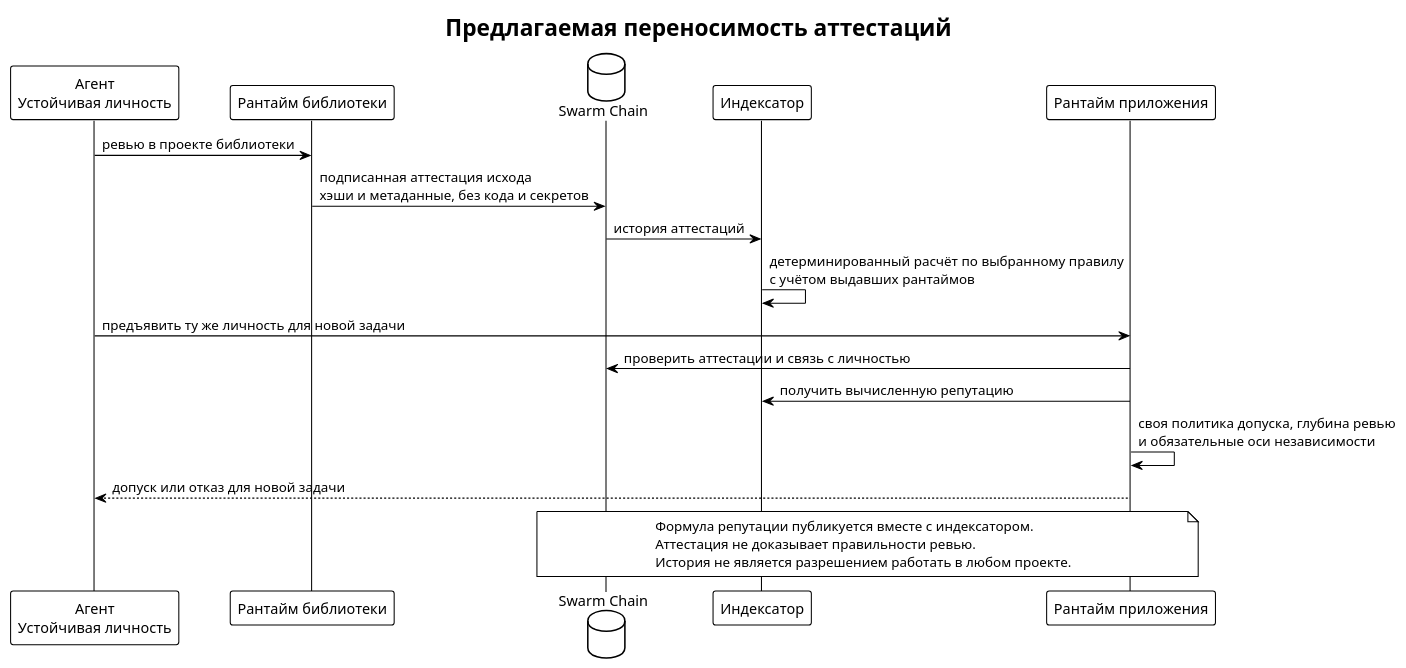
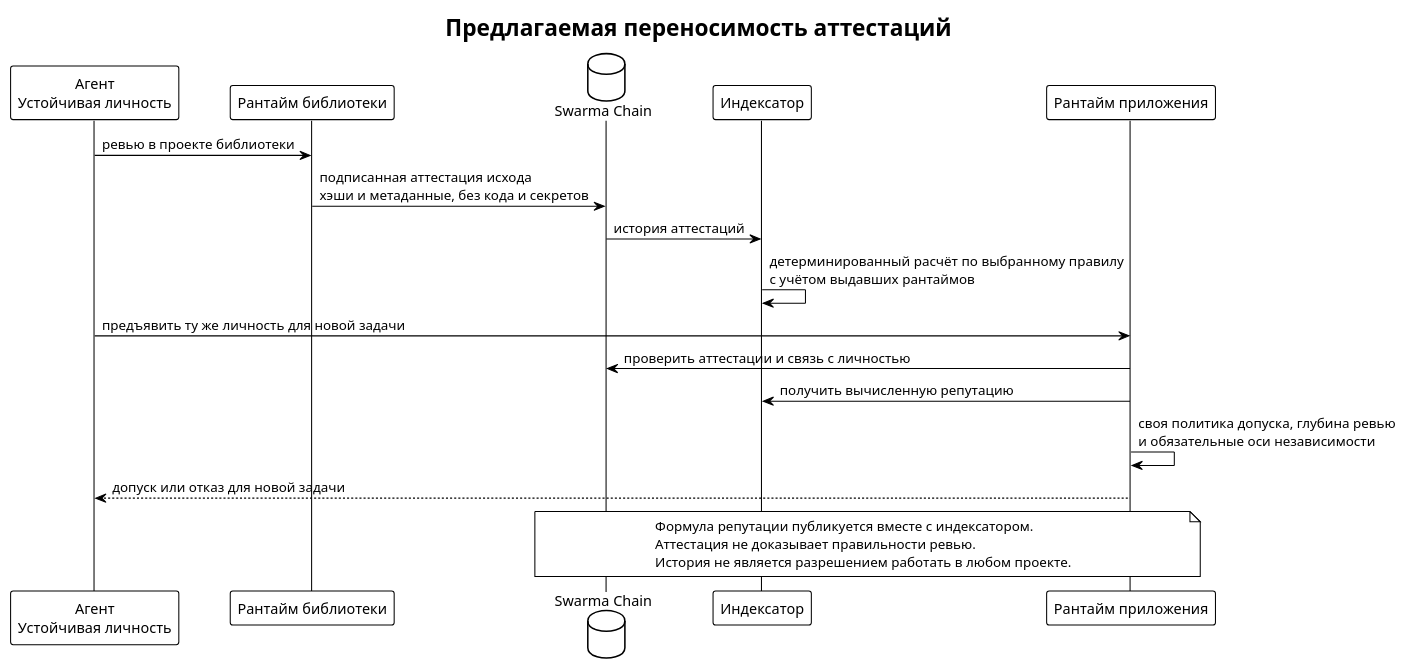
One commit to relux-works/swarma-docs changed the diagram in book/src/portable-attestations.puml. Above: the diagram before and after it, drawn with PlantUML. The commit also changed 61 other files, not shown here.

```diff
--- a/book/src/portable-attestations.puml
+++ b/book/src/portable-attestations.puml
@@ -1,25 +1,25 @@
 @startuml portable-attestations
 !theme plain
 skinparam defaultFontName "PT Sans"
 skinparam shadowing false
 title Предлагаемая переносимость аттестаций
 participant "Агент\nУстойчивая личность" as A
 participant "Рантайм библиотеки" as R1
-database "Swarm Chain" as C
+database "Swarma Chain" as C
 participant "Индексатор" as I
 participant "Рантайм приложения" as R2
 A -> R1 : ревью в проекте библиотеки
 R1 -> C : подписанная аттестация исхода\nхэши и метаданные, без кода и секретов
 C -> I : история аттестаций
 I -> I : детерминированный расчёт по выбранному правилу\nс учётом выдавших рантаймов
 A -> R2 : предъявить ту же личность для новой задачи
 R2 -> C : проверить аттестации и связь с личностью
 R2 -> I : получить вычисленную репутацию
 R2 -> R2 : своя политика допуска, глубина ревью\nи обязательные оси независимости
 R2 --> A : допуск или отказ для новой задачи
 note over C, R2
   Формула репутации публикуется вместе с индексатором.
   Аттестация не доказывает правильности ревью.
   История не является разрешением работать в любом проекте.
 end note
 @enduml
```
